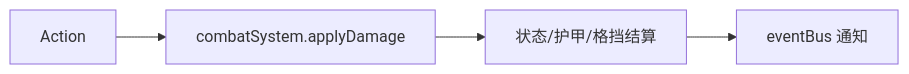
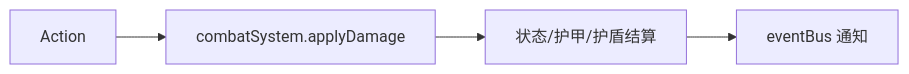
One commit to zhu607705-coder/deckrogue changed the diagram in src/core/combat/README.md. Above: the diagram before and after it, drawn with Mermaid. The commit also changed other lines of this file and 3 other files, not shown here.

````diff
--- a/src/core/combat/README.md
+++ b/src/core/combat/README.md
@@ -18,6 +18,6 @@
 ```mermaid
 flowchart LR
   A["Action"] --> B["combatSystem.applyDamage"]
-  B --> C["状态/护甲/格挡结算"]
+  B --> C["状态/护甲/护盾结算"]
   C --> D["eventBus 通知"]
 ```
````
